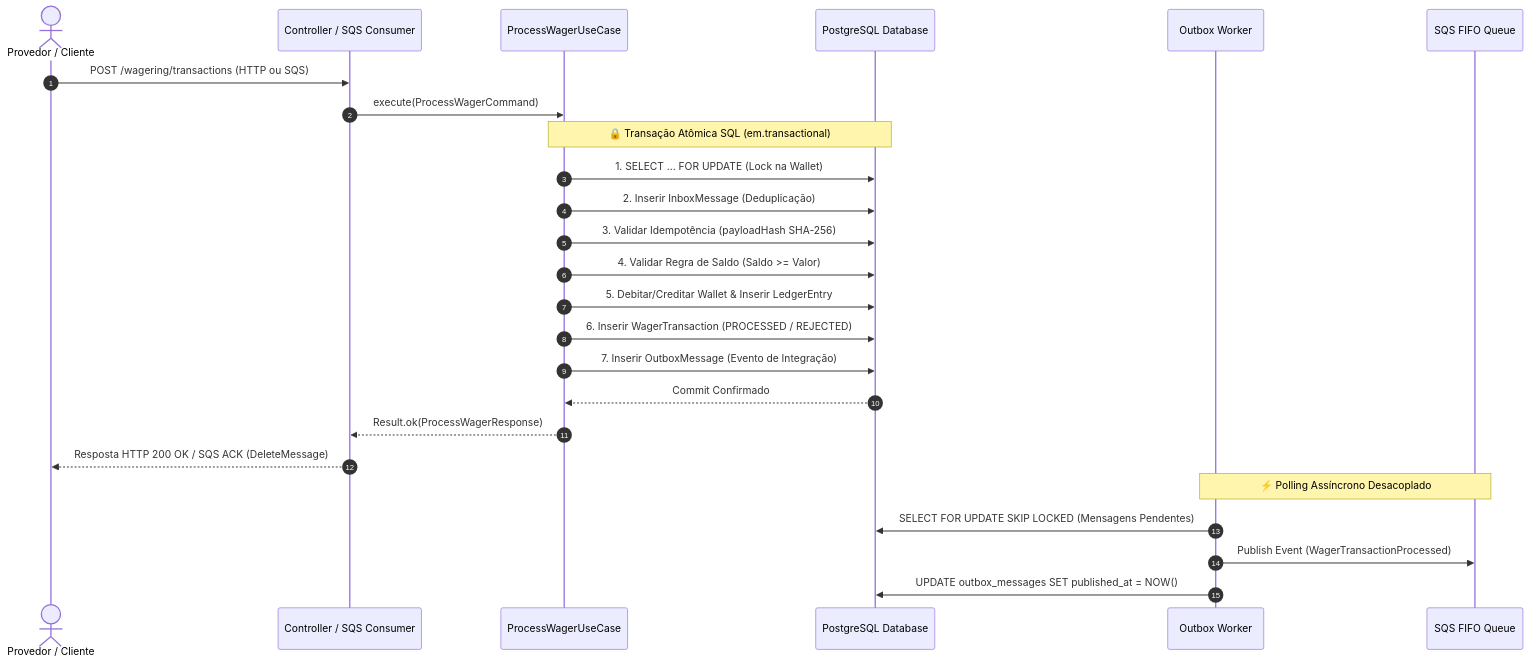
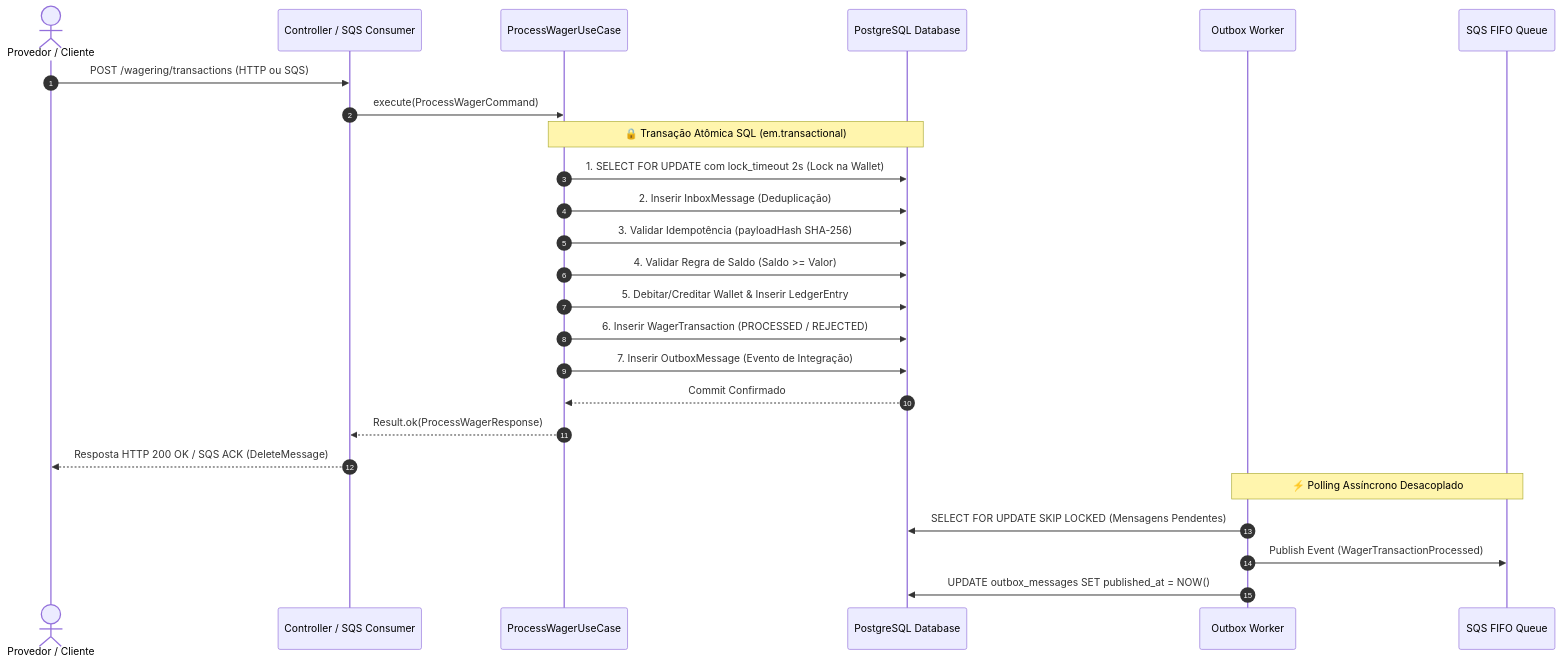
Before and after one commit to matheustheus27/DistributedWageringProcessor: the diagram in README.md, drawn with Mermaid. The commit also changed other lines of this file and 6 other files, not shown here.

Commit message:
docs: add technical documentation suite and update README with system architecture details

````diff
--- a/README.md
+++ b/README.md
@@ -28,31 +39,31 @@
 ```mermaid
 sequenceDiagram
     autonumber
     actor Provider as Provedor / Cliente
     participant API as Controller / SQS Consumer
     participant UseCase as ProcessWagerUseCase
     participant DB as PostgreSQL Database
     participant OutboxWorker as Outbox Worker
     participant SQS as SQS FIFO Queue
 
     Provider->>API: POST /wagering/transactions (HTTP ou SQS)
     API->>UseCase: execute(ProcessWagerCommand)
     
     note over UseCase, DB: 🔒 Transação Atômica SQL (em.transactional)
-    UseCase->>DB: 1. SELECT ... FOR UPDATE (Lock na Wallet)
+    UseCase->>DB: 1. SELECT FOR UPDATE com lock_timeout 2s (Lock na Wallet)
     UseCase->>DB: 2. Inserir InboxMessage (Deduplicação)
     UseCase->>DB: 3. Validar Idempotência (payloadHash SHA-256)
     UseCase->>DB: 4. Validar Regra de Saldo (Saldo >= Valor)
     UseCase->>DB: 5. Debitar/Creditar Wallet & Inserir LedgerEntry
     UseCase->>DB: 6. Inserir WagerTransaction (PROCESSED / REJECTED)
     UseCase->>DB: 7. Inserir OutboxMessage (Evento de Integração)
     DB-->>UseCase: Commit Confirmado
 
     UseCase-->>API: Result.ok(ProcessWagerResponse)
     API-->>Provider: Resposta HTTP 200 OK / SQS ACK (DeleteMessage)
 
     note over OutboxWorker, SQS: ⚡ Polling Assíncrono Desacoplado
     OutboxWorker->>DB: SELECT FOR UPDATE SKIP LOCKED (Mensagens Pendentes)
     OutboxWorker->>SQS: Publish Event (WagerTransactionProcessed)
     OutboxWorker->>DB: UPDATE outbox_messages SET published_at = NOW()
 ```
````
